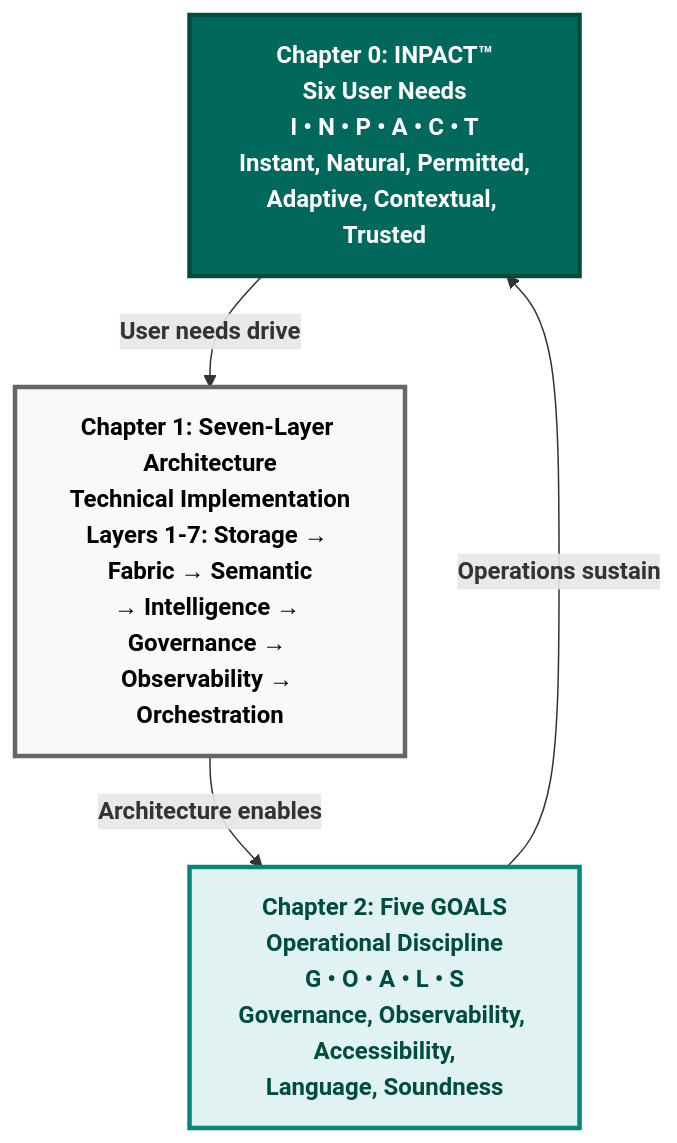
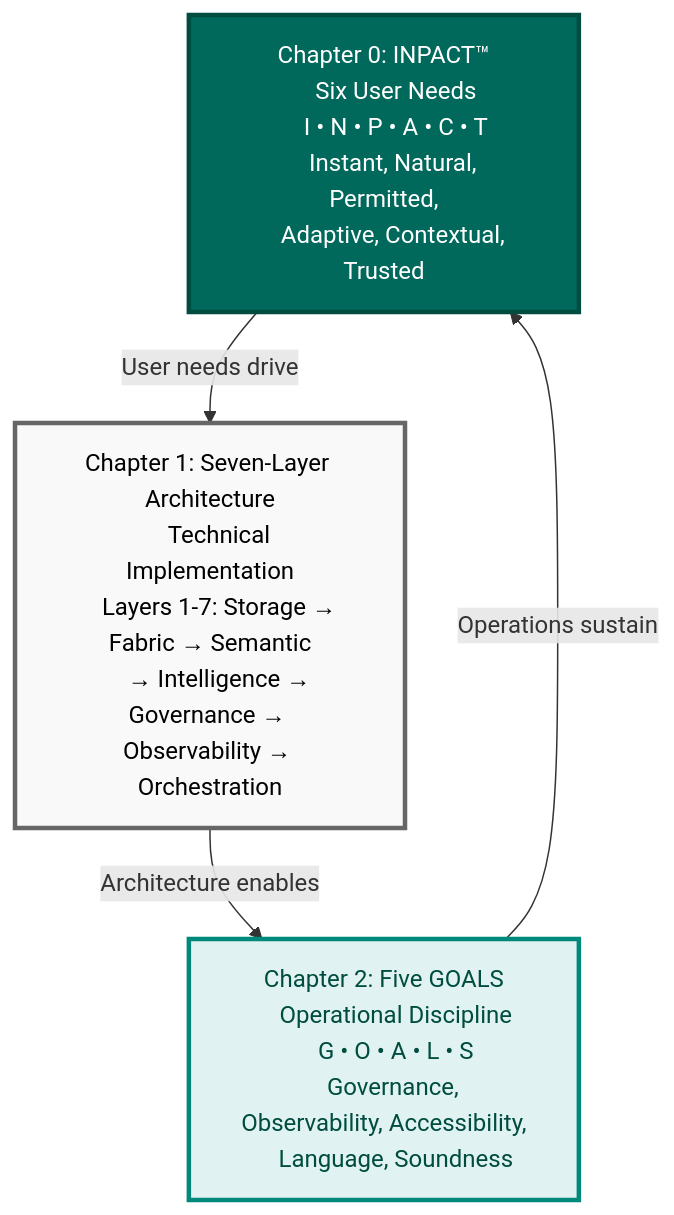
The first of 11 diagrams in chapter-02/chapter_2_complete.md (colaberry/enterprise-data-readiness-ai-agents), drawn with Mermaid before and after one commit. The commit also changed other lines of this file and 1 other file, not shown here.

First line of the commit message:
sequence diagrams updated with font fixes

````diff
--- a/chapter-02/chapter_2_complete.md
+++ b/chapter-02/chapter_2_complete.md
@@ -128,16 +128,27 @@
 ```mermaid
 graph TB
-    INPACT["<b>Chapter 0: INPACT™</b><br/><b>Six User Needs</b><br/><b>I • N • P • A • C • T</b><br/><b>Instant, Natural, Permitted,</b><br/><b>Adaptive, Contextual, Trusted</b>"]
+    INPACT["Chapter 0: INPACT™
+    Six User Needs
+    I • N • P • A • C • T
+    Instant, Natural, Permitted,
+    Adaptive, Contextual, Trusted"]
     
-    ARCH["<b>Chapter 1: Seven-Layer Architecture</b><br/><b>Technical Implementation</b><br/><b>Layers 1-7: Storage → Fabric → Semantic</b><br/><b>→ Intelligence → Governance → Observability → Orchestration</b>"]
+    ARCH["Chapter 1: Seven-Layer Architecture
+    Technical Implementation
+    Layers 1-7: Storage → Fabric → Semantic
+    → Intelligence → Governance → Observability → Orchestration"]
     
-    GOALS["<b>Chapter 2: Five GOALS</b><br/><b>Operational Discipline</b><br/><b>G • O • A • L • S</b><br/><b>Governance, Observability, Accessibility,</b><br/><b>Language, Soundness</b>"]
+    GOALS["Chapter 2: Five GOALS
+    Operational Discipline
+    G • O • A • L • S
+    Governance, Observability, Accessibility,
+    Language, Soundness"]
     
-    INPACT -->|<b>User needs drive</b>| ARCH
-    ARCH -->|<b>Architecture enables</b>| GOALS
-    GOALS -->|<b>Operations sustain</b>| INPACT
+    INPACT -->|User needs drive| ARCH
+    ARCH -->|Architecture enables| GOALS
+    GOALS -->|Operations sustain| INPACT
     
     style INPACT fill:#00695c,color:#ffffff,stroke:#004d40,stroke-width:3px
     style ARCH fill:#f9f9f9,stroke:#666666,stroke-width:3px,color:#000000
     style GOALS fill:#e0f2f1,stroke:#00897b,stroke-width:3px,color:#004d40
 ```
````
